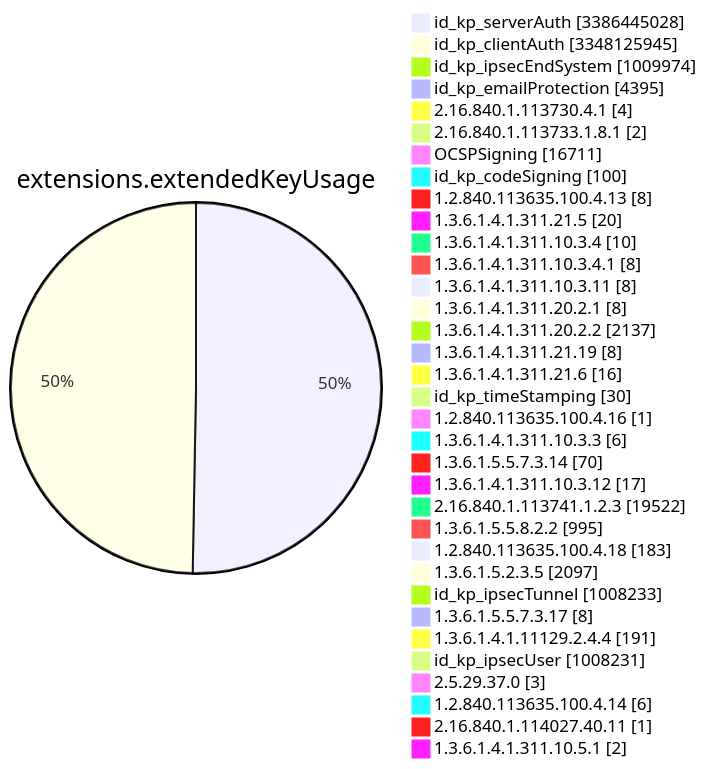
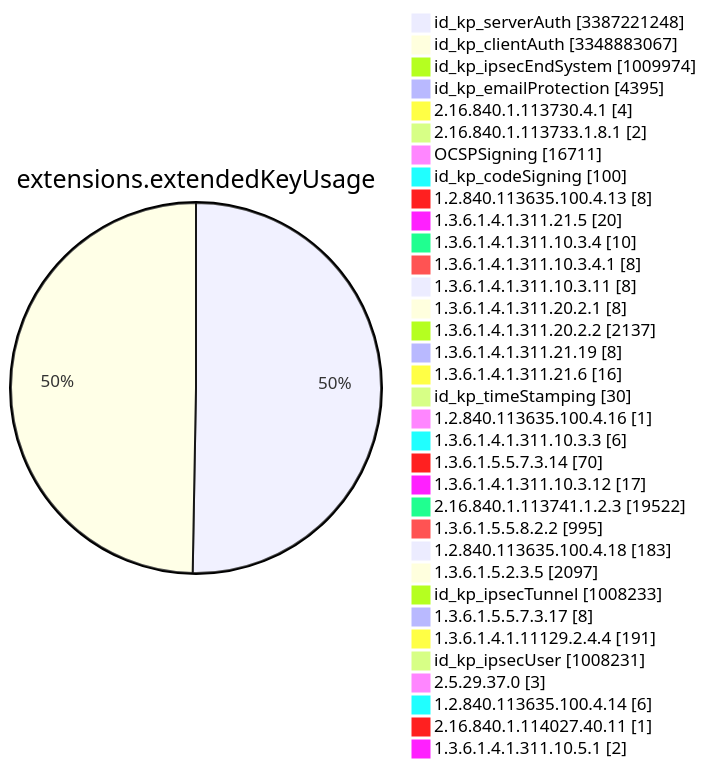
One commit to christiankrug/ctmonitor_visualization changed diagram 11 of 15 in TOTAL/README.md. Above: the diagram before and after it, drawn with Mermaid. The commit also changed other lines of this file, not shown here.

````diff
--- a/TOTAL/README.md
+++ b/TOTAL/README.md
@@ -4121,38 +4121,38 @@
 ```mermaid
 pie showData
 title extensions.extendedKeyUsage
-"id_kp_serverAuth" :3386445028
-"id_kp_clientAuth" :3348125945
+"id_kp_serverAuth" :3387221248
+"id_kp_clientAuth" :3348883067
 "id_kp_ipsecEndSystem" :1009974
 "id_kp_emailProtection" :4395
 "2.16.840.1.113730.4.1" :4
 "2.16.840.1.113733.1.8.1" :2
 "OCSPSigning" :16711
 "id_kp_codeSigning" :100
 "1.2.840.113635.100.4.13" :8
 "1.3.6.1.4.1.311.21.5" :20
 "1.3.6.1.4.1.311.10.3.4" :10
 "1.3.6.1.4.1.311.10.3.4.1" :8
 "1.3.6.1.4.1.311.10.3.11" :8
 "1.3.6.1.4.1.311.20.2.1" :8
 "1.3.6.1.4.1.311.20.2.2" :2137
 "1.3.6.1.4.1.311.21.19" :8
 "1.3.6.1.4.1.311.21.6" :16
 "id_kp_timeStamping" :30
 "1.2.840.113635.100.4.16" :1
 "1.3.6.1.4.1.311.10.3.3" :6
 "1.3.6.1.5.5.7.3.14" :70
 "1.3.6.1.4.1.311.10.3.12" :17
 "2.16.840.1.113741.1.2.3" :19522
 "1.3.6.1.5.5.8.2.2" :995
 "1.2.840.113635.100.4.18" :183
 "1.3.6.1.5.2.3.5" :2097
 "id_kp_ipsecTunnel" :1008233
 "1.3.6.1.5.5.7.3.17" :8
 "1.3.6.1.4.1.11129.2.4.4" :191
 "id_kp_ipsecUser" :1008231
 "2.5.29.37.0" :3
 "1.2.840.113635.100.4.14" :6
 "2.16.840.1.114027.40.11" :1
 "1.3.6.1.4.1.311.10.5.1" :2
 ```
````
